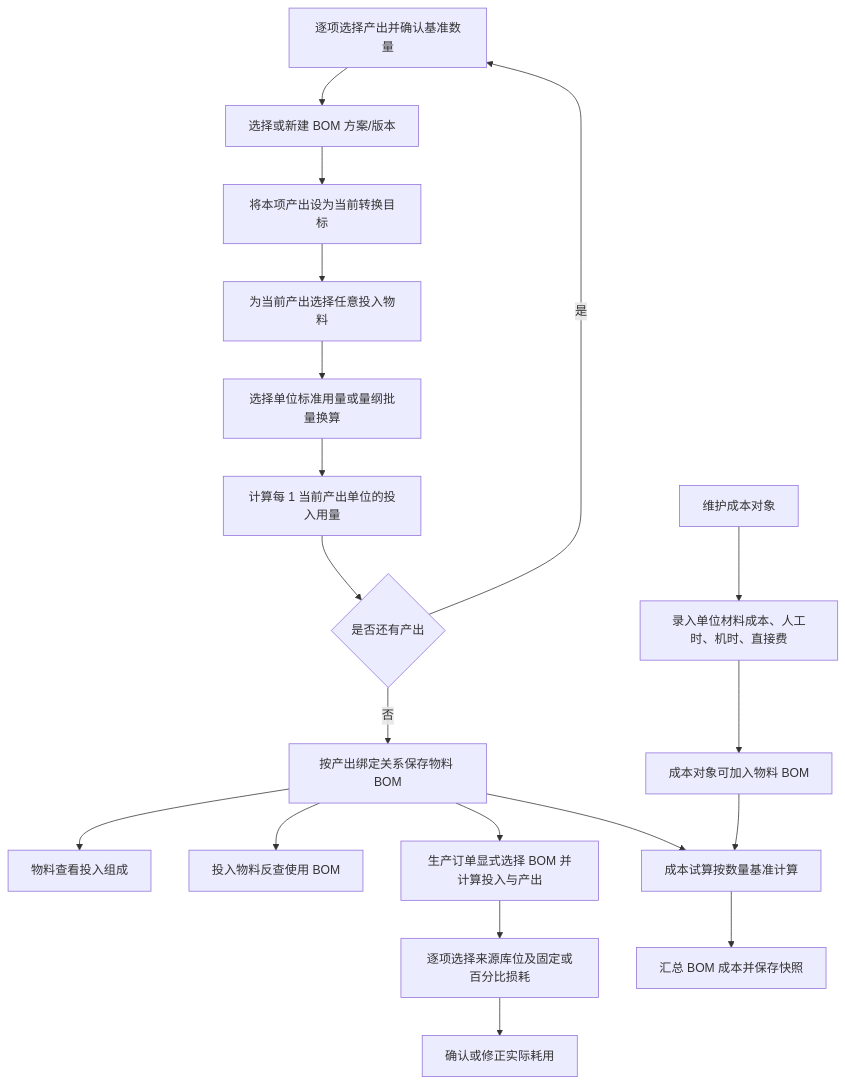
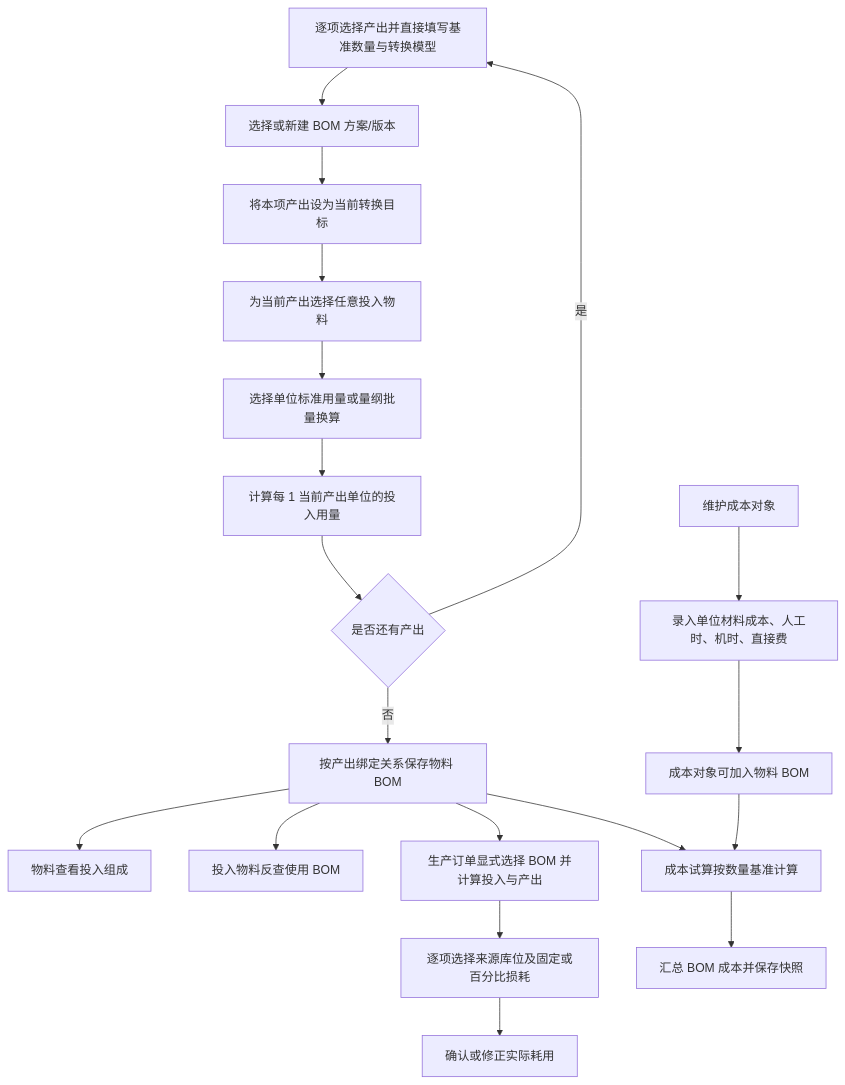
Diagram 13 of 17 in docs/minierp/system-function-flow.md (goldf2/mes-lite), drawn with Mermaid before and after one commit. The commit also changed other lines of this file and 12 other files, not shown here.

````diff
--- a/docs/minierp/system-function-flow.md
+++ b/docs/minierp/system-function-flow.md
@@ -417,21 +417,21 @@
 ```mermaid
 flowchart TD
-  A["逐项选择产出并确认基准数量"] --> V["选择或新建 BOM 方案/版本"]
+  A["逐项选择产出并直接填写基准数量与转换模型"] --> V["选择或新建 BOM 方案/版本"]
   V --> T["将本项产出设为当前转换目标"]
   T --> B["为当前产出选择任意投入物料"]
   B --> C["选择单位标准用量或量纲批量换算"]
   C --> R["计算每 1 当前产出单位的投入用量"]
   R --> X{"是否还有产出"}
   X -->|是| A
   X -->|否| D["按产出绑定关系保存物料 BOM"]
   D --> E["物料查看投入组成"]
   D --> F["投入物料反查使用 BOM"]
   D --> G["成本试算按数量基准计算"]
   D --> P["生产订单显式选择 BOM 并计算投入与产出"]
   P --> L["逐项选择来源库位及固定或百分比损耗"]
   L --> M["确认或修正实际耗用"]
   H["维护成本对象"] --> I["录入单位材料成本、人工时、机时、直接费"]
   I --> J["成本对象可加入物料 BOM"]
   J --> G
   G --> K["汇总 BOM 成本并保存快照"]
 ```
````
